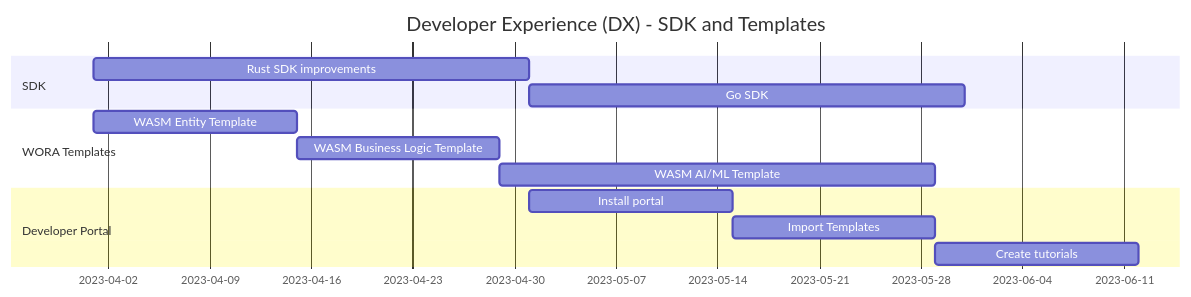
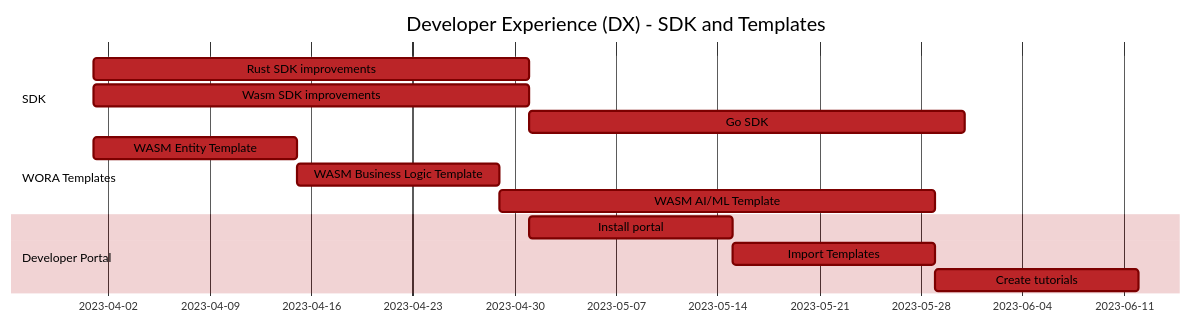
Before and after one commit to gazzu/C4-marmaid-test: the first of 2 diagrams in readme.md, drawn with Mermaid.

````diff
--- a/readme.md
+++ b/readme.md
@@ -3,16 +3,31 @@
 ```mermaid
+%%{
+  init: {
+    'theme': 'base',
+    'themeVariables': {
+      'primaryColor': '#BB2528',
+      'primaryTextColor': '#000000',
+      'primaryBorderColor': '#7C0000',
+      'fontSize': '32px',
+      'lineColor': '#F8B229',
+      'secondaryColor': '#006100',
+      'tertiaryColor': '#fff'
+    }
+  }
+}%%
 gantt
     title Developer Experience (DX) - SDK and Templates
     dateFormat  YYYY-MM-DD
     section SDK
     Rust SDK improvements           :2023-04-01, 30d
+    Wasm SDK improvements           :2023-04-01, 30d
     Go SDK                          :30d
     section WORA Templates
     WASM Entity Template            :2023-04-01  , 14d
     WASM Business Logic Template    :14d
     WASM AI/ML Template             :30d
     section Developer Portal
     Install portal                  :2023-05-01  , 14d
     Import Templates                :14d
     Create tutorials                :14d
 ```
````
